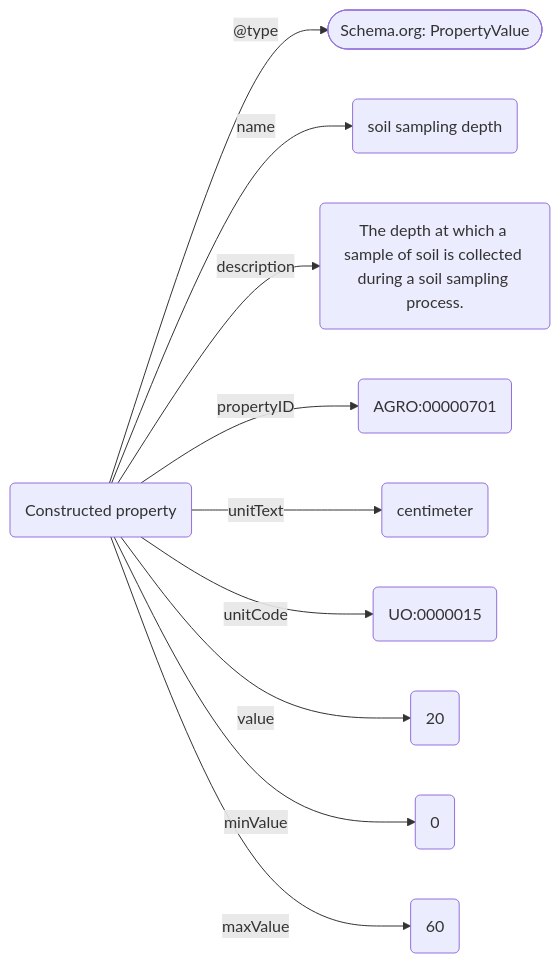
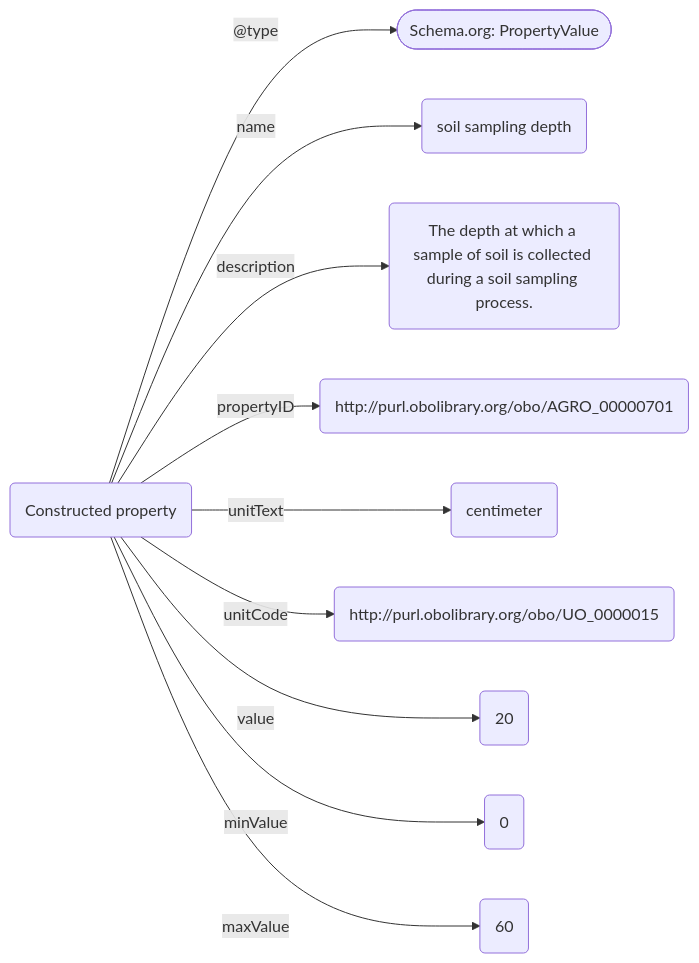
One commit to fairagro/agri-wg-bioschemas changed the second of 2 diagrams in Tutorial/agrischemas_tutorial_draft.md. Above: the diagram before and after it, drawn with Mermaid. The commit also changed other lines of this file, not shown here.

````diff
--- a/Tutorial/agrischemas_tutorial_draft.md
+++ b/Tutorial/agrischemas_tutorial_draft.md
@@ -70,12 +45,12 @@
 ```mermaid
 flowchart LR;
 A("Constructed property")--"@type"-->B(["Schema.org: PropertyValue"])
 A("Constructed property")--"name"-->C("soil sampling depth")
 A("Constructed property")--"description"-->D("The depth at which a sample of soil is collected during a soil sampling process.")
-A("Constructed property")--"propertyID"-->E("AGRO:00000701")
+A("Constructed property")--"propertyID"-->E("http://purl.obolibrary.org/obo/AGRO_00000701")
 A("Constructed property")--"unitText"-->F("centimeter")
-A("Constructed property")--"unitCode"-->G("UO:0000015")
+A("Constructed property")--"unitCode"-->G("http://purl.obolibrary.org/obo/UO_0000015")
 A("Constructed property")--"value"-->H("20")
 A("Constructed property")--"minValue"-->I("0")
 A("Constructed property")--"maxValue"-->J("60")
 ```
````
